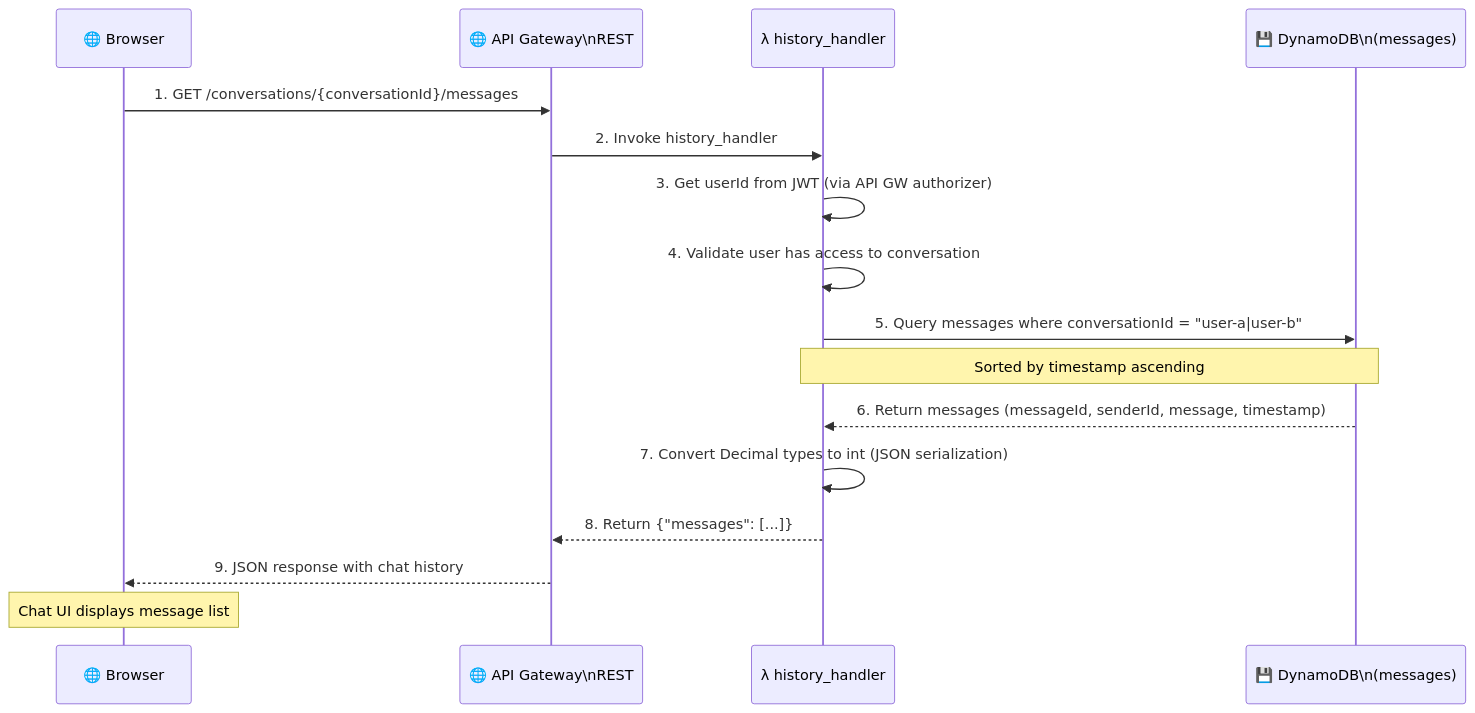
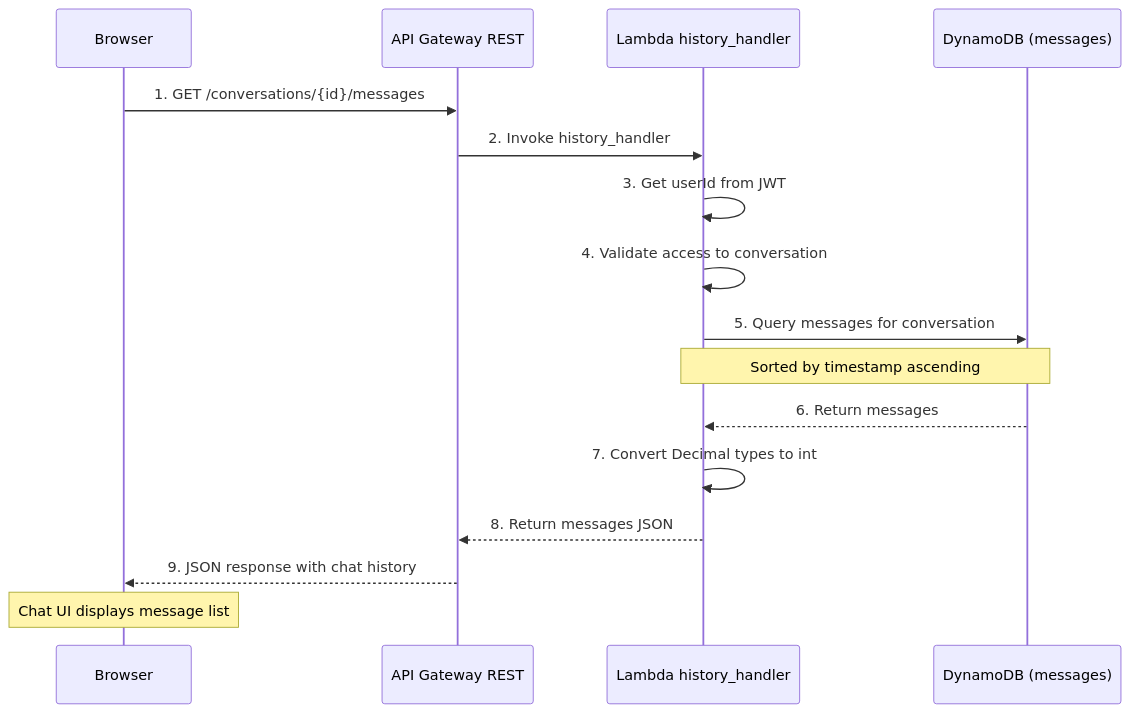
The fifth of 9 diagrams in technical_flow/architecture_diagram.md (sanketkkeni/messenger), drawn with Mermaid before and after one commit. The commit also changed other lines of this file and 2 other files, not shown here.

Commit message:
Fix Mermaid diagrams (remove special chars) and add architecture_diagram.md references

````diff
--- a/technical_flow/architecture_diagram.md
+++ b/technical_flow/architecture_diagram.md
@@ -179,19 +178,19 @@
 ```mermaid
 sequenceDiagram
-    participant Browser as 🌐 Browser
-    participant REST as 🌐 API Gateway\nREST
-    participant Lambda as λ history_handler
-    participant DynamoDB as 💾 DynamoDB\n(messages)
+    participant Browser as Browser
+    participant REST as API Gateway REST
+    participant Lambda as Lambda history_handler
+    participant DynamoDB as DynamoDB (messages)
 
-    Browser->>REST: 1. GET /conversations/{conversationId}/messages
+    Browser->>REST: 1. GET /conversations/{id}/messages
     REST->>Lambda: 2. Invoke history_handler
-    Lambda->>Lambda: 3. Get userId from JWT (via API GW authorizer)
-    Lambda->>Lambda: 4. Validate user has access to conversation
-    Lambda->>DynamoDB: 5. Query messages where conversationId = "user-a|user-b"
+    Lambda->>Lambda: 3. Get userId from JWT
+    Lambda->>Lambda: 4. Validate access to conversation
+    Lambda->>DynamoDB: 5. Query messages for conversation
     Note over Lambda,DynamoDB: Sorted by timestamp ascending
-    DynamoDB-->>Lambda: 6. Return messages (messageId, senderId, message, timestamp)
-    Lambda->>Lambda: 7. Convert Decimal types to int (JSON serialization)
-    Lambda-->>REST: 8. Return {"messages": [...]}
+    DynamoDB-->>Lambda: 6. Return messages
+    Lambda->>Lambda: 7. Convert Decimal types to int
+    Lambda-->>REST: 8. Return messages JSON
     REST-->>Browser: 9. JSON response with chat history
     Note over Browser: Chat UI displays message list
 ```
````
